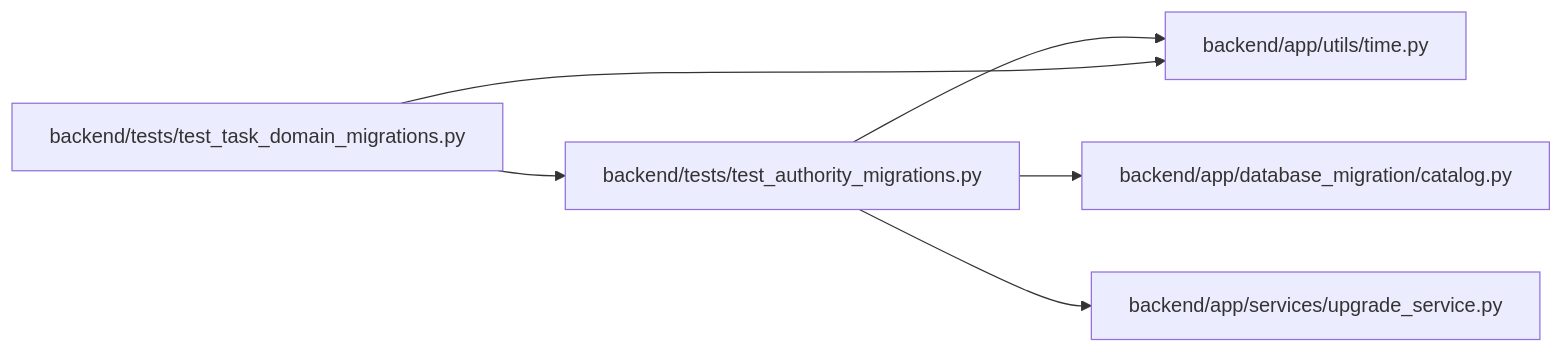
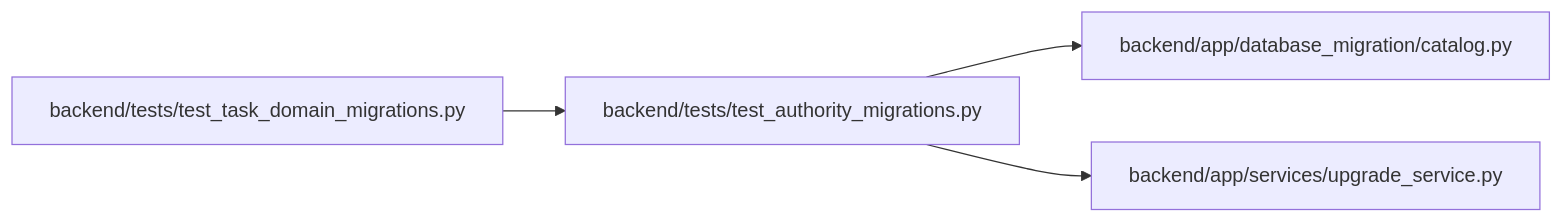
One commit to Denissvgn/WorkChord changed the diagram in docs/llm_wiki/modules/test_authority_migrations.md. Above: the diagram before and after it, drawn with Mermaid. The commit also changed other lines of this file and 778 other files, not shown here.

````diff
--- a/docs/llm_wiki/modules/test_authority_migrations.md
+++ b/docs/llm_wiki/modules/test_authority_migrations.md
@@ -26,18 +23,14 @@
 ```mermaid
 flowchart LR
     n0["backend/app/database_migration/catalog.py"]
     n1["backend/app/services/upgrade_service.py"]
-    n2["backend/app/utils/time.py"]
-    n3["backend/tests/test_authority_migrations.py"]
-    n4["backend/tests/test_task_domain_migrations.py"]
-    n3 --> n0
-    n3 --> n1
+    n2["backend/tests/test_authority_migrations.py"]
+    n3["backend/tests/test_task_domain_migrations.py"]
+    n2 --> n0
+    n2 --> n1
     n3 --> n2
-    n4 --> n2
-    n4 --> n3
     click n0 "../modules/catalog.md"
     click n1 "../modules/upgrade_service.md"
-    click n2 "../modules/time.md"
-    click n3 "../modules/test_authority_migrations.md"
-    click n4 "../modules/test_task_domain_migrations.md"
+    click n2 "../modules/test_authority_migrations.md"
+    click n3 "../modules/test_task_domain_migrations.md"
 ```
````
